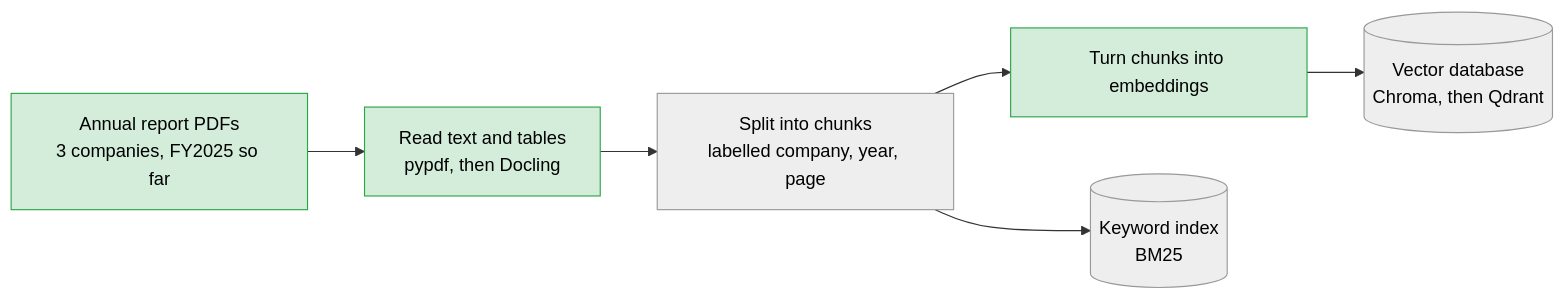
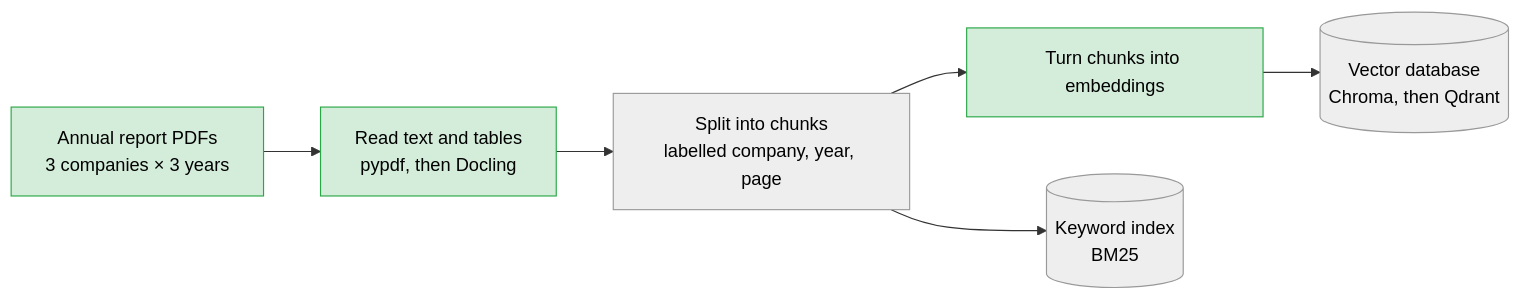
The third of 5 diagrams in README.md (Ankush-Manhas840/finsight), drawn with Mermaid before and after one commit. The commit also changed other lines of this file and 1 other file, not shown here.

Commit message:
Add FY2023 and FY2024 report sources

````diff
--- a/README.md
+++ b/README.md
@@ -189,11 +189,11 @@
 ```mermaid
 flowchart LR
-    PDF["Annual report PDFs<br/>3 companies, FY2025 so far"]:::done --> READ["Read text and tables<br/>pypdf, then Docling"]:::done
+    PDF["Annual report PDFs<br/>3 companies × 3 years"]:::done --> READ["Read text and tables<br/>pypdf, then Docling"]:::done
     READ --> CHUNK["Split into chunks<br/>labelled company, year, page"]:::todo
     CHUNK --> EMB["Turn chunks into embeddings"]:::done
     EMB --> VDB[("Vector database<br/>Chroma, then Qdrant")]:::todo
     CHUNK --> KW[("Keyword index<br/>BM25")]:::todo
 
     classDef done fill:#d4edda,stroke:#28a745,color:#000
     classDef todo fill:#eeeeee,stroke:#999999,color:#000
 ```
````
